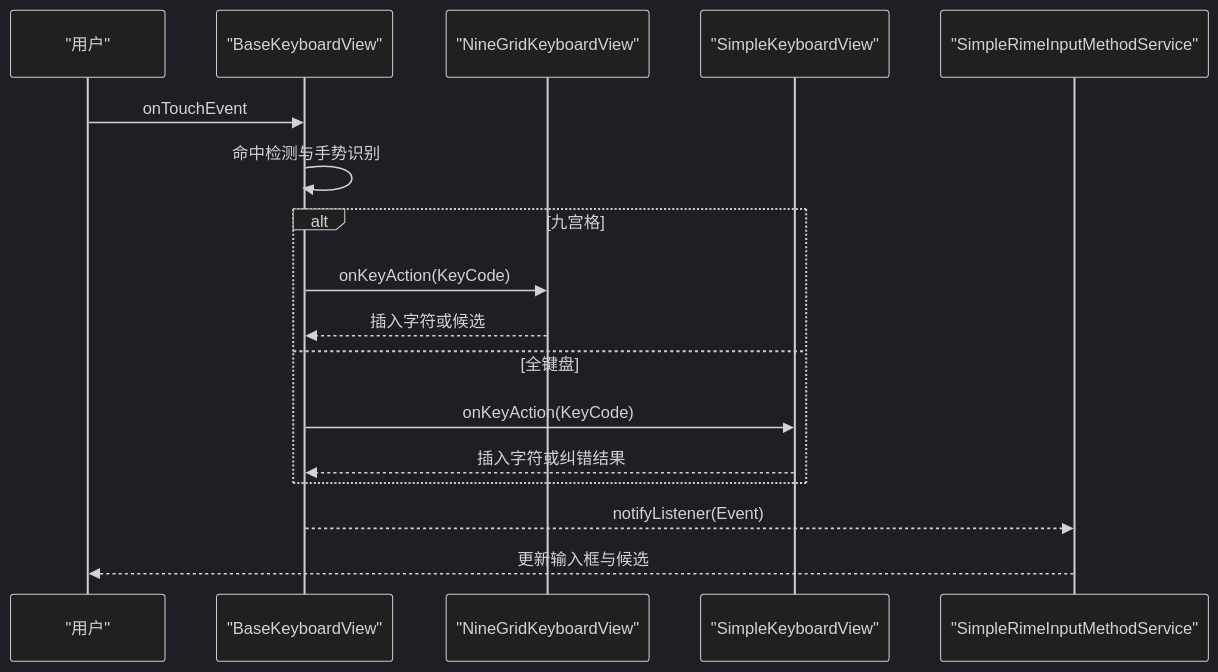
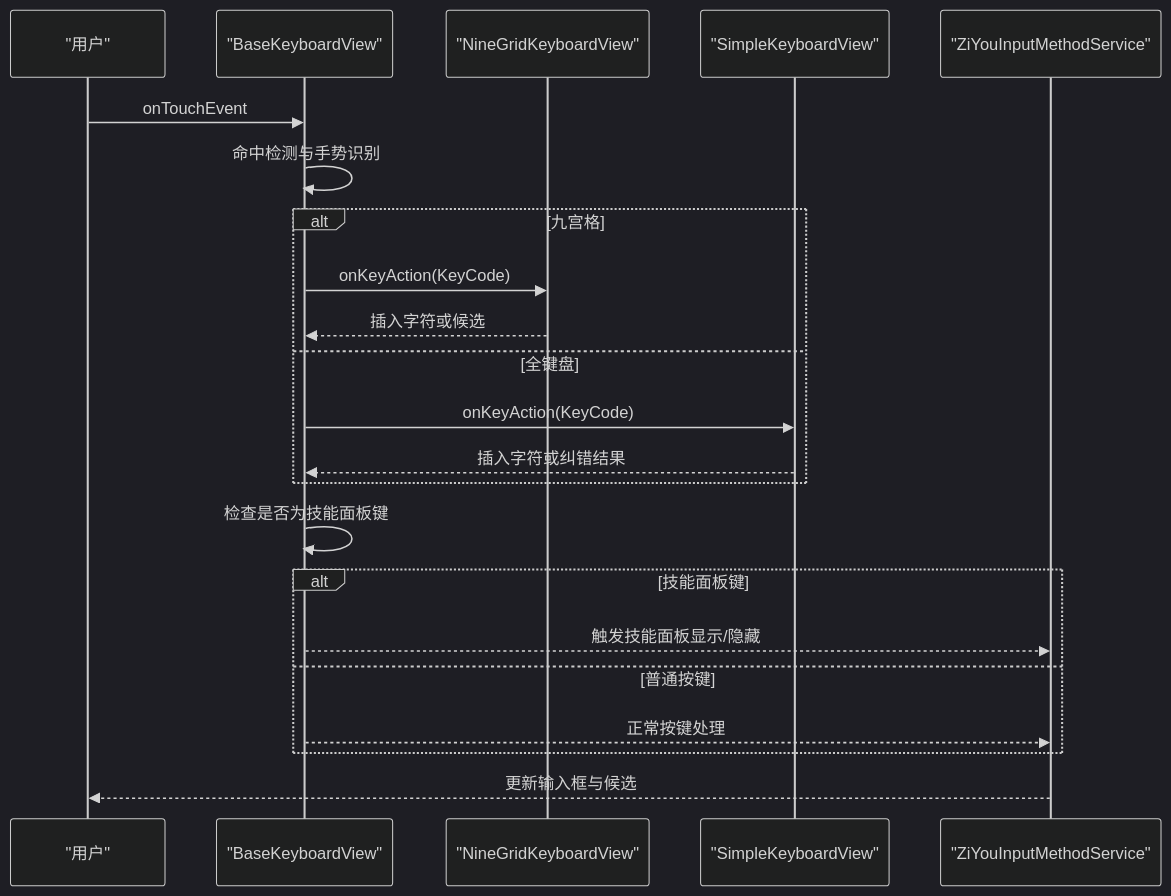
The eighth of 10 diagrams in .qoder/repowiki/zh/content/键盘实现/键盘实现.md (qiaodashaoye/ziyou-ime), drawn with Mermaid (dark theme) before and after one commit. The commit also changed other lines of this file and 28 other files, not shown here.

````diff
--- a/.qoder/repowiki/zh/content/键盘实现/键盘实现.md
+++ b/.qoder/repowiki/zh/content/键盘实现/键盘实现.md
@@ -362,19 +400,24 @@
 ```mermaid
 sequenceDiagram
 participant U as "用户"
 participant BKV as "BaseKeyboardView"
 participant NGS as "NineGridKeyboardView"
 participant SKS as "SimpleKeyboardView"
-participant S as "SimpleRimeInputMethodService"
+participant S as "ZiYouInputMethodService"
 U->>BKV : onTouchEvent
 BKV->>BKV : 命中检测与手势识别
 alt 九宫格
 BKV->>NGS : onKeyAction(KeyCode)
 NGS-->>BKV : 插入字符或候选
 else 全键盘
 BKV->>SKS : onKeyAction(KeyCode)
 SKS-->>BKV : 插入字符或纠错结果
 end
-BKV-->>S : notifyListener(Event)
+BKV->>BKV : 检查是否为技能面板键
+alt 技能面板键
+BKV-->>S : 触发技能面板显示/隐藏
+else 普通按键
+BKV-->>S : 正常按键处理
+end
 S-->>U : 更新输入框与候选
 ```
````
